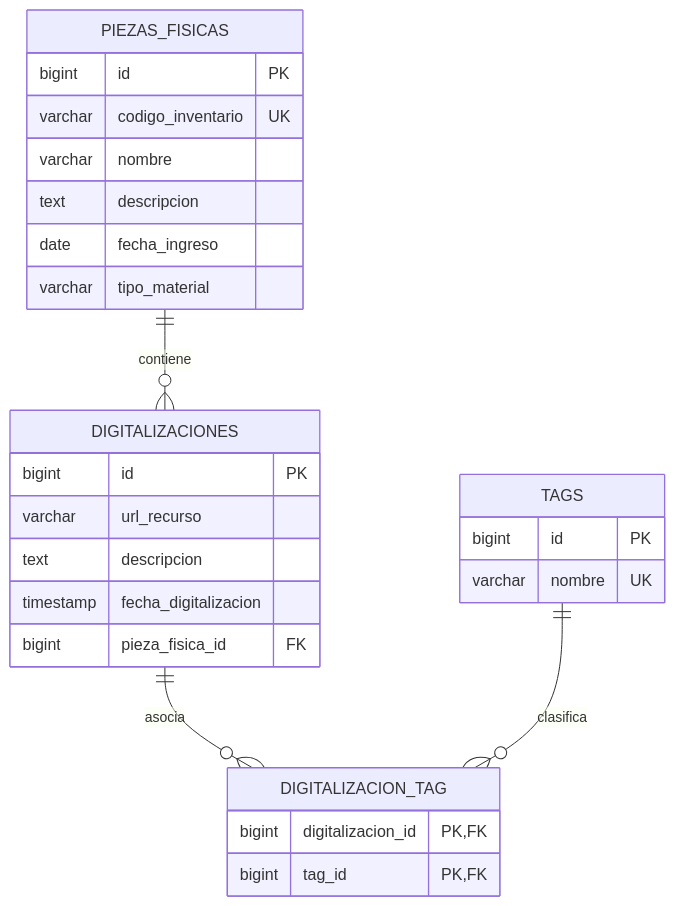
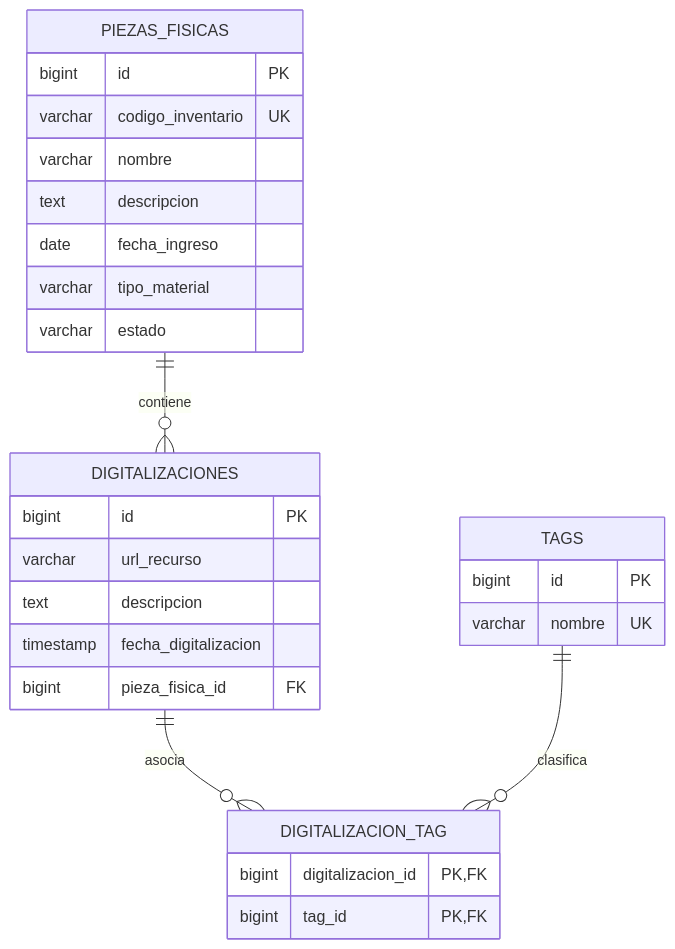
Before and after one commit to crisandersen8-png/tp-integrador-archivo-digital-los-picac-digo: the diagram in docs/diagramas/der.md, drawn with Mermaid. The commit also changed other lines of this file and 2 other files, not shown here.

Commit message:
diagramas

````diff
--- a/docs/diagramas/der.md
+++ b/docs/diagramas/der.md
@@ -9,33 +9,34 @@
 ```mermaid
 erDiagram
     PIEZAS_FISICAS {
         bigint id PK
         varchar codigo_inventario UK
         varchar nombre
         text descripcion
         date fecha_ingreso
         varchar tipo_material
+        varchar estado
     }
 
     DIGITALIZACIONES {
         bigint id PK
         varchar url_recurso
         text descripcion
         timestamp fecha_digitalizacion
         bigint pieza_fisica_id FK
     }
 
     TAGS {
         bigint id PK
         varchar nombre UK
     }
 
     DIGITALIZACION_TAG {
         bigint digitalizacion_id PK, FK
         bigint tag_id PK, FK
     }
 
     PIEZAS_FISICAS ||--o{ DIGITALIZACIONES : "contiene"
     DIGITALIZACIONES ||--o{ DIGITALIZACION_TAG : "asocia"
     TAGS ||--o{ DIGITALIZACION_TAG : "clasifica"
 ```
````
